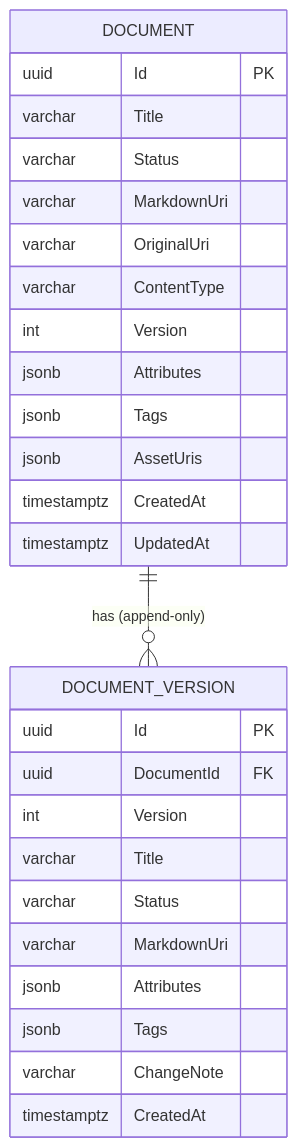
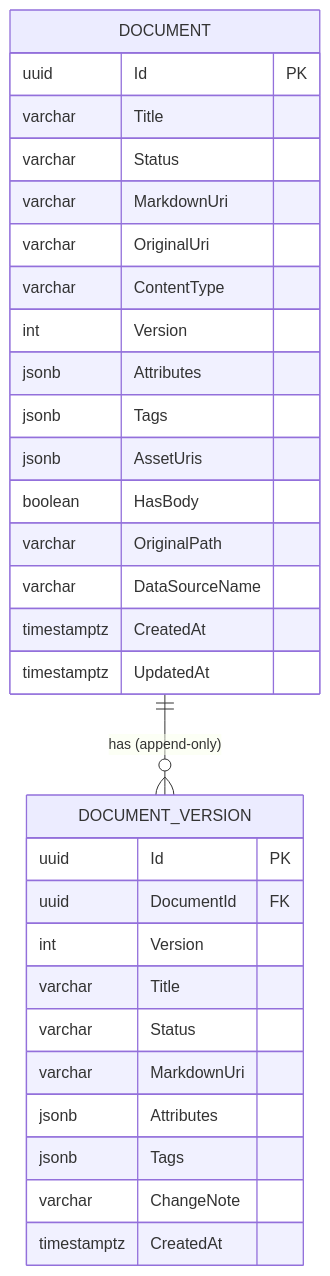
The diagram in docs/data/document-and-version.md (endazon/microservices-platform), drawn with Mermaid before and after one commit. The commit also changed other lines of this file, not shown here.

````diff
--- a/docs/data/document-and-version.md
+++ b/docs/data/document-and-version.md
@@ -90,30 +93,33 @@
 ```mermaid
 erDiagram
     DOCUMENT ||--o{ DOCUMENT_VERSION : "has (append-only)"
     DOCUMENT {
         uuid Id PK
         varchar Title
         varchar Status
         varchar MarkdownUri
         varchar OriginalUri
         varchar ContentType
         int Version
         jsonb Attributes
         jsonb Tags
         jsonb AssetUris
+        boolean HasBody
+        varchar OriginalPath
+        varchar DataSourceName
         timestamptz CreatedAt
         timestamptz UpdatedAt
     }
     DOCUMENT_VERSION {
         uuid Id PK
         uuid DocumentId FK
         int Version
         varchar Title
         varchar Status
         varchar MarkdownUri
         jsonb Attributes
         jsonb Tags
         varchar ChangeNote
         timestamptz CreatedAt
     }
 ```
````
